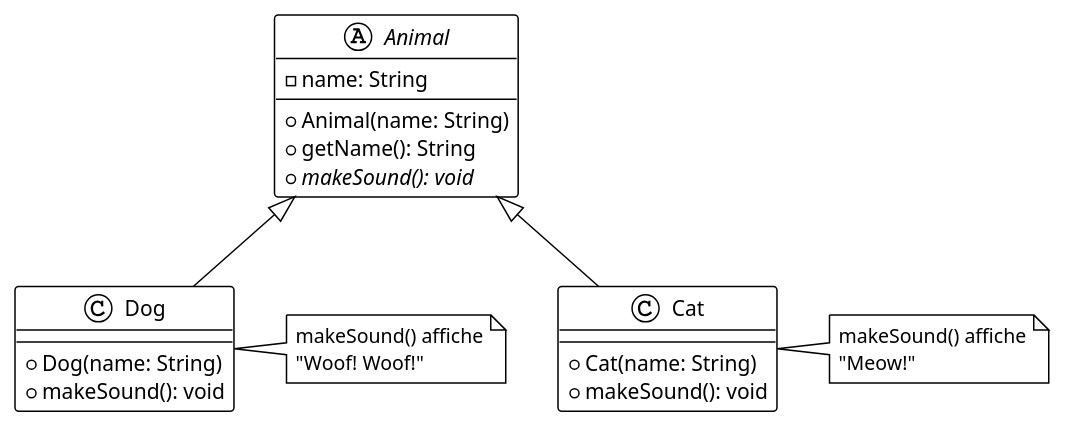
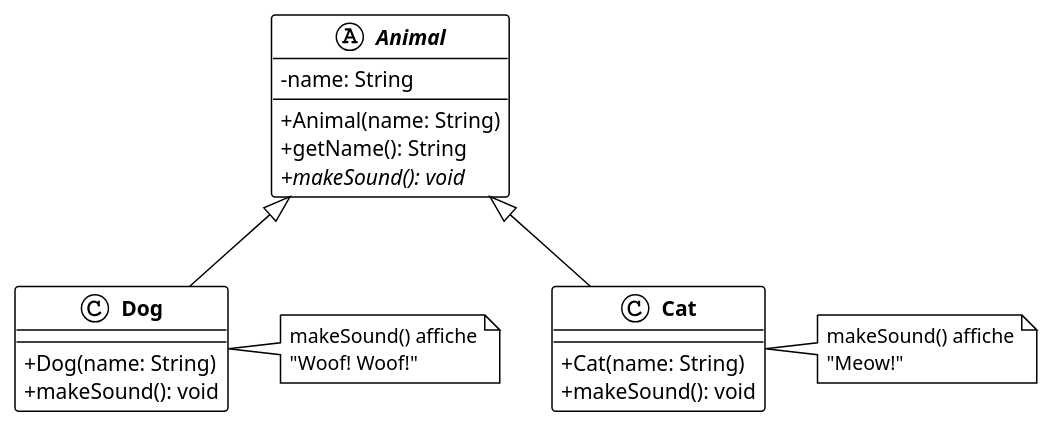
Before and after one commit to heig-vd-progim-course/heig-vd-progim2-course: the diagram in 01-contenus-du-cours/05-programmation-orientee-objet-encapsulation-et-heritage/images/exercice-04-redefinition.puml, drawn with PlantUML. The commit also changed 89 other files, not shown here.

Commit message:
Enhance UML diagrams for vehicles without inheritance

```diff
--- a/01-contenus-du-cours/05-programmation-orientee-objet-encapsulation-et-heritage/images/exercice-04-redefinition.puml
+++ b/01-contenus-du-cours/05-programmation-orientee-objet-encapsulation-et-heritage/images/exercice-04-redefinition.puml
@@ -1,34 +1,39 @@
 @startuml exercice-04-redefinition
 !theme plain
+
+skinparam classAttributeIconSize 0
+skinparam classFontStyle bold
 
 abstract class Animal {
   -name: String
   +Animal(name: String)
   +getName(): String
   +{abstract} makeSound(): void
 }
 
 class Dog {
   +Dog(name: String)
   +makeSound(): void
 }
 
 class Cat {
   +Cat(name: String)
   +makeSound(): void
 }
 
 Animal <|-- Dog
 Animal <|-- Cat
 
 note right of Dog
   makeSound() affiche
   "Woof! Woof!"
 end note
 
 note right of Cat
   makeSound() affiche
   "Meow!"
 end note
 
+
+
 @enduml
```
